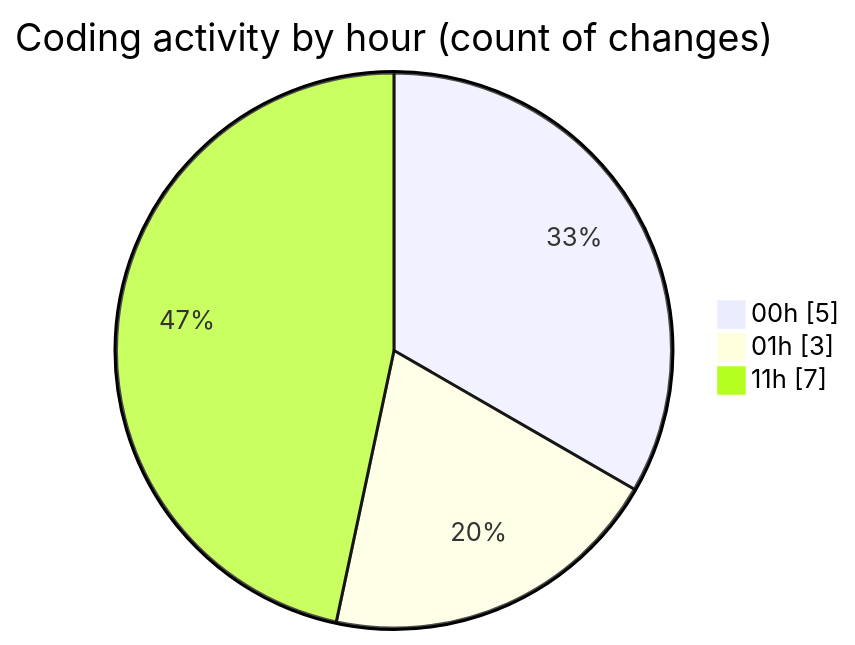
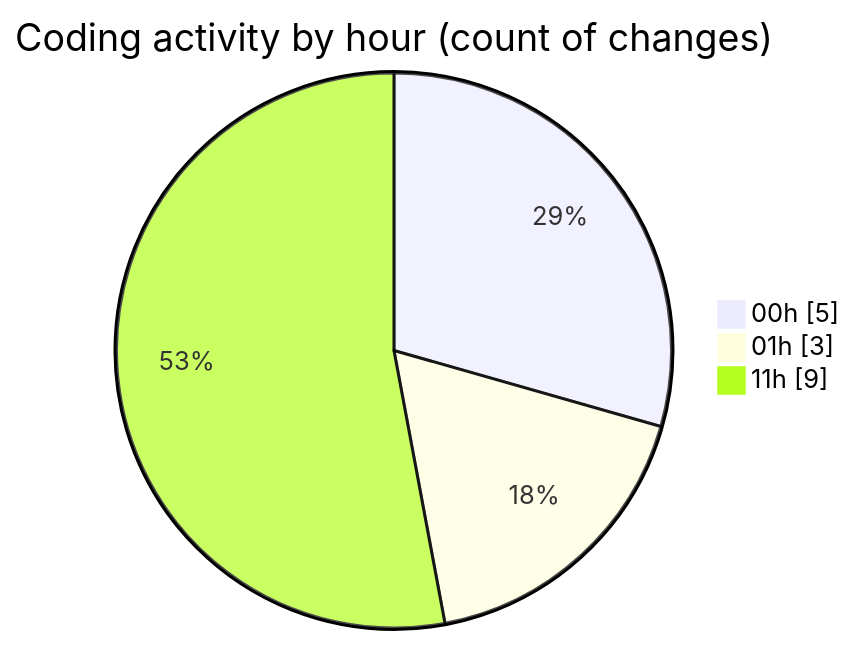
Before and after one commit to julien-gomy/code-tracking: the second of 2 diagrams in 2025-11-16/cdp_aleoudev_fr__workspace_/README.md, drawn with Mermaid. The commit also changed other lines of this file and 1 other file, not shown here.

````diff
--- a/2025-11-16/cdp_aleoudev_fr__workspace_/README.md
+++ b/2025-11-16/cdp_aleoudev_fr__workspace_/README.md
@@ -36,7 +36,7 @@
 ```mermaid
 pie showData
 title Coding activity by hour (count of changes)
 "00h" : 5
 "01h" : 3
-"11h" : 7
+"11h" : 9
 ```
````
